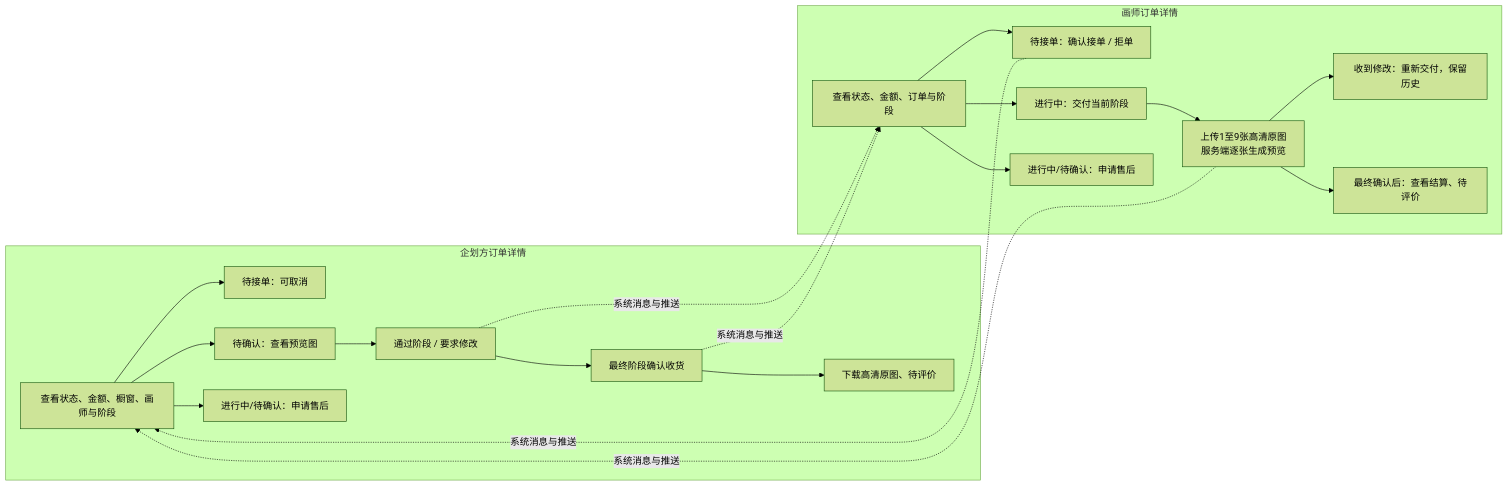
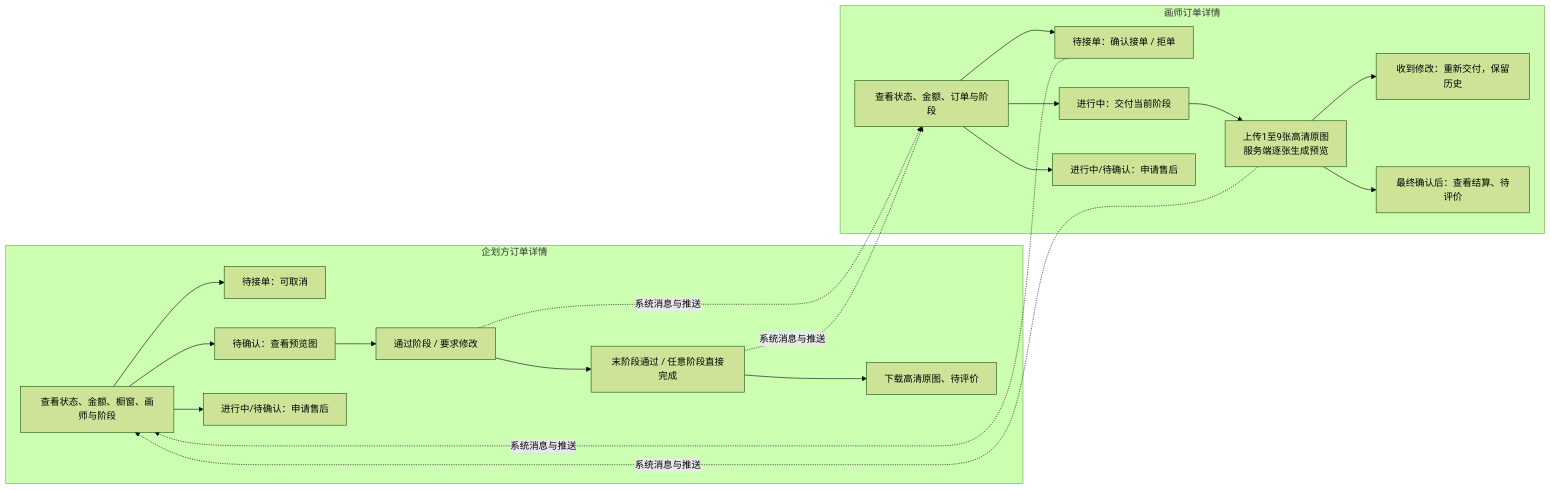
One commit to shizunana/Artiv changed the second of 2 diagrams in docs/功能流程/橱窗订单交易流程.md. Above: the diagram before and after it, drawn with Mermaid (forest theme). The commit also changed other lines of this file and 35 other files, not shown here.

````diff
--- a/docs/功能流程/橱窗订单交易流程.md
+++ b/docs/功能流程/橱窗订单交易流程.md
@@ -108,25 +114,25 @@
 ```mermaid
 flowchart LR
   subgraph Buyer[企划方订单详情]
     B1[查看状态、金额、橱窗、画师与阶段] --> B2[待接单：可取消]
     B1 --> B3[待确认：查看预览图]
     B3 --> B4[通过阶段 / 要求修改]
-    B4 --> B5[最终阶段确认收货]
+    B4 --> B5[末阶段通过 / 任意阶段直接完成]
     B5 --> B6[下载高清原图、待评价]
     B1 --> B7[进行中/待确认：申请售后]
   end
 
   subgraph Painter[画师订单详情]
     P1[查看状态、金额、订单与阶段] --> P2[待接单：确认接单 / 拒单]
     P1 --> P3[进行中：交付当前阶段]
     P3 --> P4[上传1至9张高清原图\n服务端逐张生成预览]
     P4 --> P5[收到修改：重新交付，保留历史]
     P4 --> P6[最终确认后：查看结算、待评价]
     P1 --> P7[进行中/待确认：申请售后]
   end
 
   B4 -.系统消息与推送.-> P1
   P2 -.系统消息与推送.-> B1
   P4 -.系统消息与推送.-> B1
   B5 -.系统消息与推送.-> P1
 ```
````
